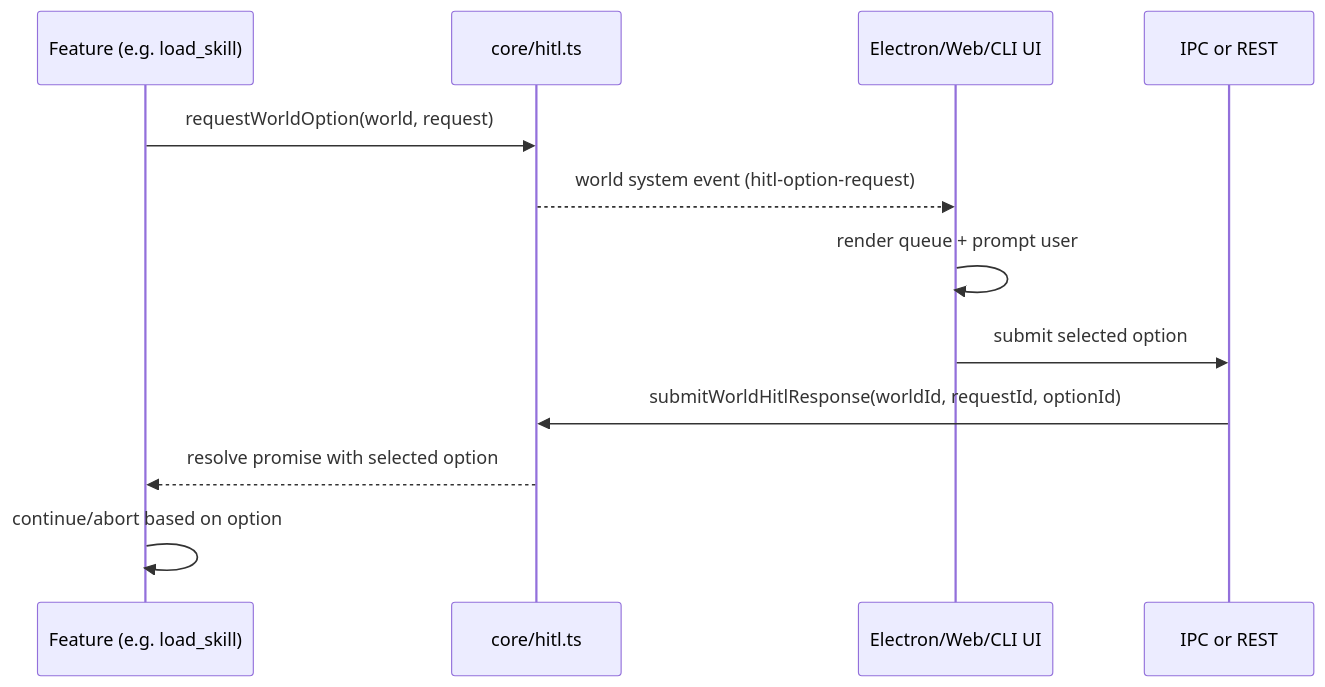
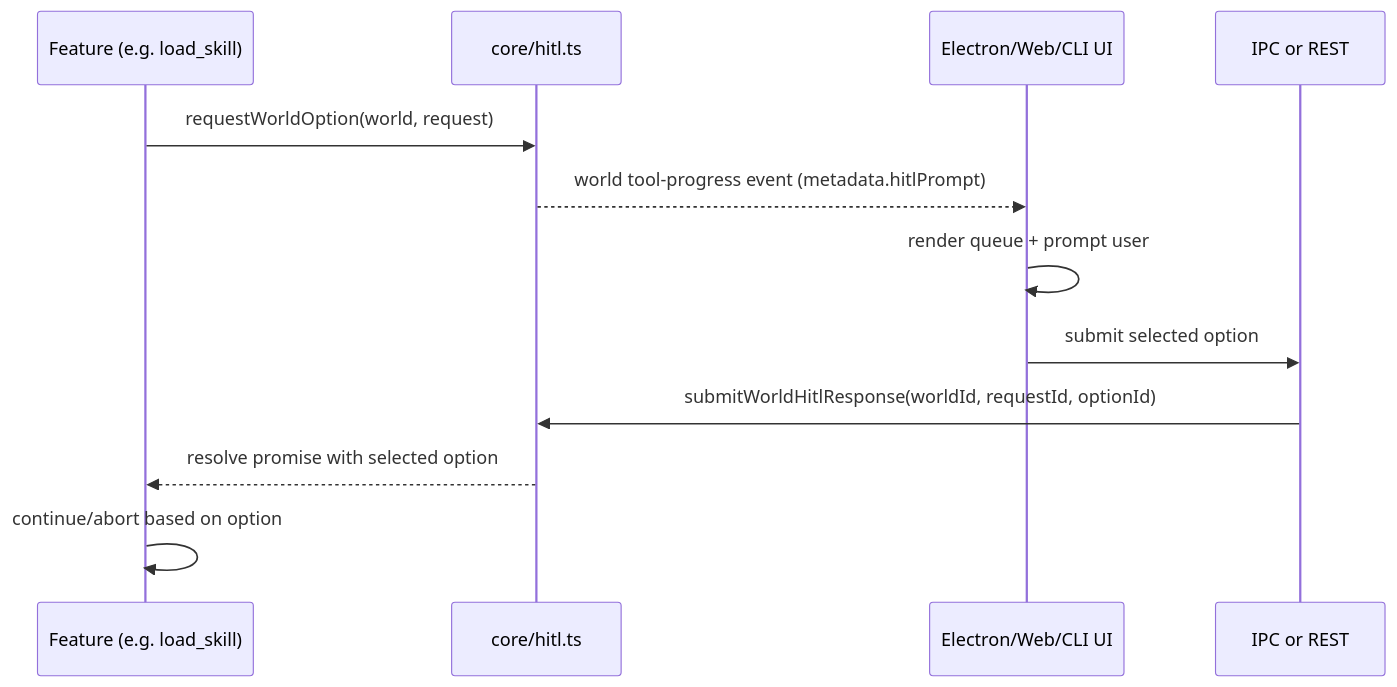
Before and after one commit to yysun/agent-world: the diagram in docs/hitl-approval-flow.md, drawn with Mermaid. The commit also changed other lines of this file and 7 other files, not shown here.

Commit message:
feat(hitl): Migrate HITL system events to tool-progress events and update related documentation

````diff
--- a/docs/hitl-approval-flow.md
+++ b/docs/hitl-approval-flow.md
@@ -170,15 +169,15 @@
 ```mermaid
 sequenceDiagram
     participant Feature as Feature (e.g. load_skill)
     participant Core as core/hitl.ts
     participant Client as Electron/Web/CLI UI
     participant Bridge as IPC or REST
 
     Feature->>Core: requestWorldOption(world, request)
-    Core-->>Client: world system event (hitl-option-request)
+    Core-->>Client: world tool-progress event (metadata.hitlPrompt)
     Client->>Client: render queue + prompt user
     Client->>Bridge: submit selected option
     Bridge->>Core: submitWorldHitlResponse(worldId, requestId, optionId)
     Core-->>Feature: resolve promise with selected option
     Feature->>Feature: continue/abort based on option
 ```
````
